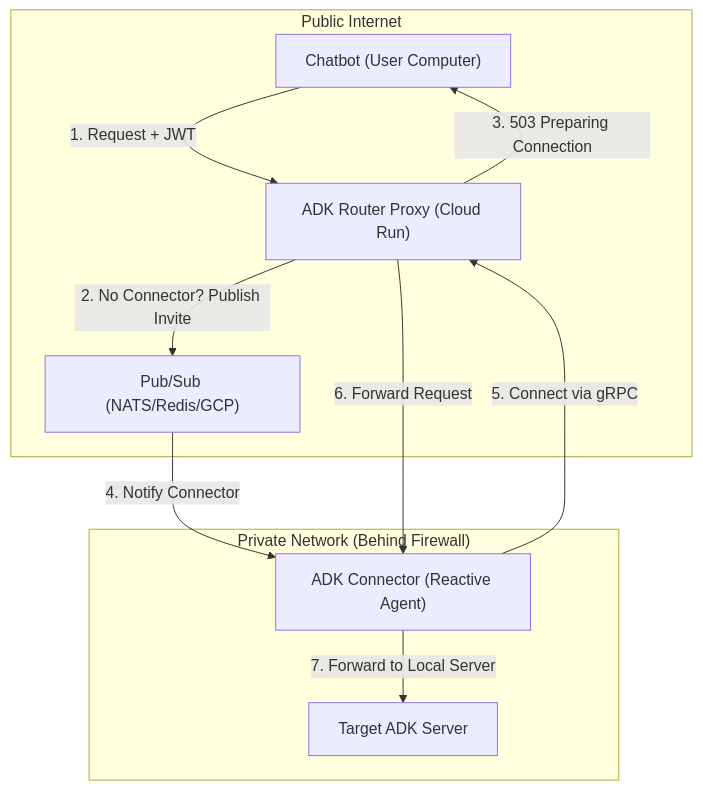
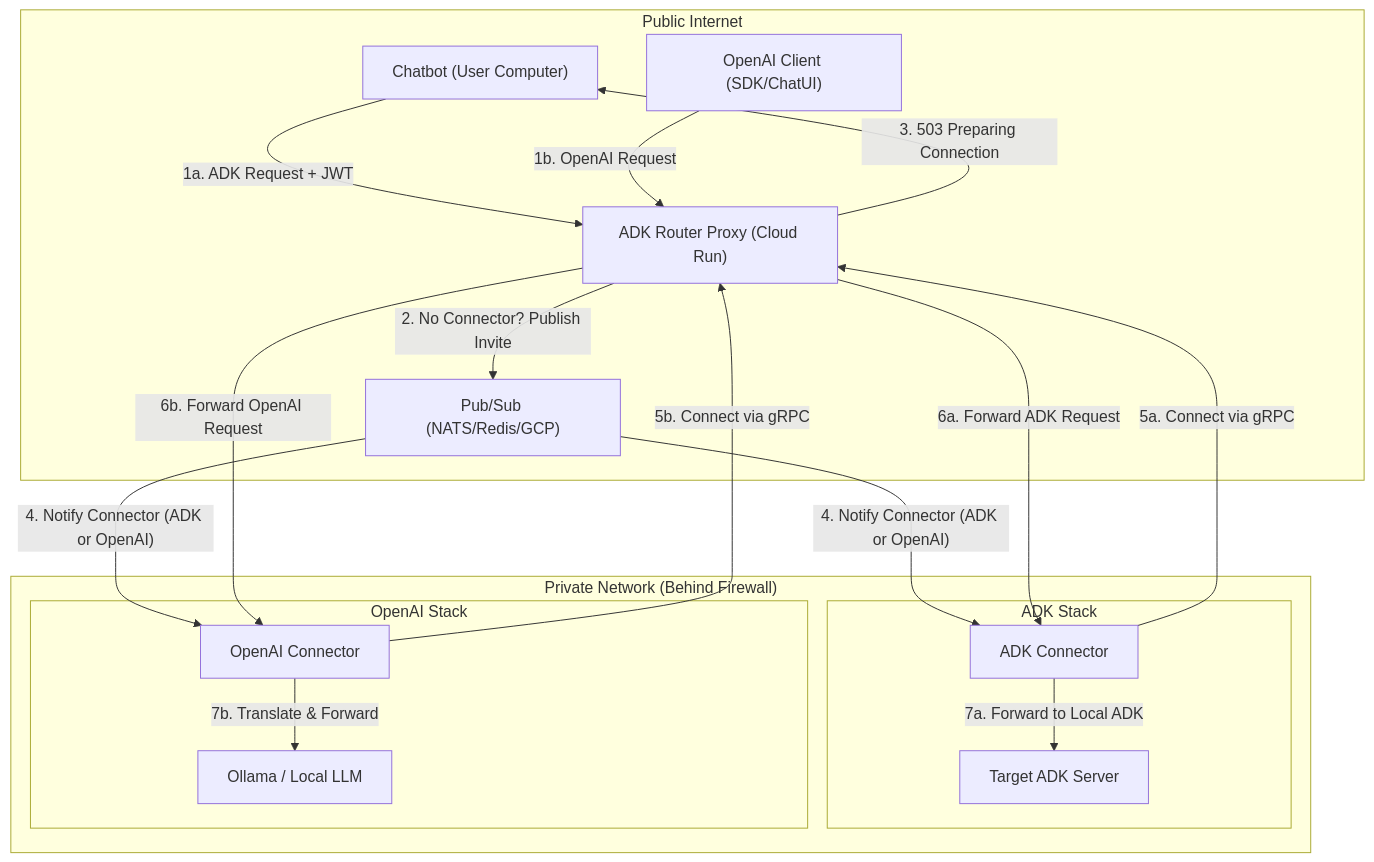
The diagram in SPECIFICATION.md (innomon/adk-cloud-proxy), drawn with Mermaid before and after one commit. The commit also changed other lines of this file and 10 other files, not shown here.

Commit message:
added OpenAI proxy

````diff
--- a/SPECIFICATION.md
+++ b/SPECIFICATION.md
@@ -52,21 +52,36 @@
 ```mermaid
 graph TD
     subgraph "Public Internet"
         Chatbot["Chatbot (User Computer)"]
         RouterProxy["ADK Router Proxy (Cloud Run)"]
         PubSub["Pub/Sub (NATS/Redis/GCP)"]
+        OpenAIClient["OpenAI Client (SDK/ChatUI)"]
     end
 
     subgraph "Private Network (Behind Firewall)"
-        Connector["ADK Connector (Reactive Agent)"]
-        TargetADKServer["Target ADK Server"]
+        subgraph "ADK Stack"
+            ADKConnector["ADK Connector"]
+            TargetADKServer["Target ADK Server"]
+        end
+        subgraph "OpenAI Stack"
+            OAConnector["OpenAI Connector"]
+            Ollama["Ollama / Local LLM"]
+        end
     end
 
-    Chatbot -- "1. Request + JWT" --> RouterProxy
+    Chatbot -- "1a. ADK Request + JWT" --> RouterProxy
+    OpenAIClient -- "1b. OpenAI Request" --> RouterProxy
     RouterProxy -- "2. No Connector? Publish Invite" --> PubSub
     RouterProxy -- "3. 503 Preparing Connection" --> Chatbot
-    PubSub -- "4. Notify Connector" --> Connector
-    Connector -- "5. Connect via gRPC" --> RouterProxy
-    RouterProxy -- "6. Forward Request" --> Connector
-    Connector -- "7. Forward to Local Server" --> TargetADKServer
+    PubSub -- "4. Notify Connector (ADK or OpenAI)" --> ADKConnector
+    PubSub -- "4. Notify Connector (ADK or OpenAI)" --> OAConnector
+    
+    ADKConnector -- "5a. Connect via gRPC" --> RouterProxy
+    OAConnector -- "5b. Connect via gRPC" --> RouterProxy
+    
+    RouterProxy -- "6a. Forward ADK Request" --> ADKConnector
+    RouterProxy -- "6b. Forward OpenAI Request" --> OAConnector
+    
+    ADKConnector -- "7a. Forward to Local ADK" --> TargetADKServer
+    OAConnector -- "7b. Translate & Forward" --> Ollama
 ```
````
